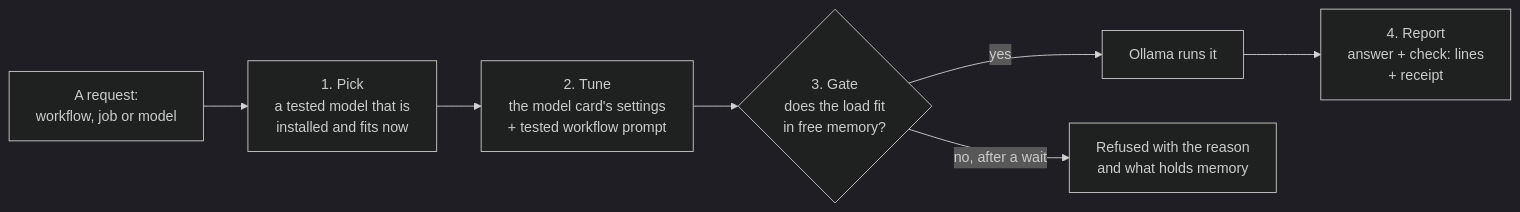
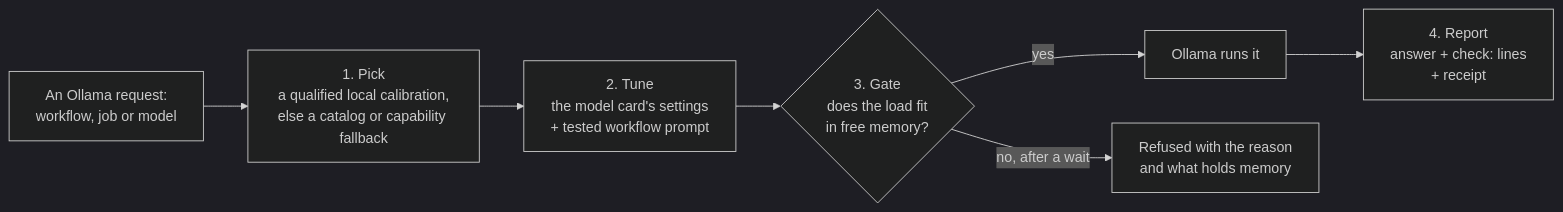
Before and after one commit to bgauryy/FreeLlama: the first of 5 diagrams in README.md, drawn with Mermaid (dark theme). The commit also changed other lines of this file and 166 other files, not shown here.

````diff
--- a/README.md
+++ b/README.md
@@ -20,9 +25,9 @@
 ```mermaid
 flowchart LR
-    ask["A request:<br/>workflow, job or model"] --> pick["1. Pick<br/>a tested model that is<br/>installed and fits now"]
+    ask["An Ollama request:<br/>workflow, job or model"] --> pick["1. Pick<br/>a qualified local calibration,<br/>else a catalog or capability fallback"]
     pick --> tune["2. Tune<br/>the model card's settings<br/>+ tested workflow prompt"]
     tune --> gate{"3. Gate<br/>does the load fit<br/>in free memory?"}
     gate -->|yes| run["Ollama runs it"]
     gate -->|"no, after a wait"| refuse["Refused with the reason<br/>and what holds memory"]
     run --> report["4. Report<br/>answer + check: lines<br/>+ receipt"]
 ```
````
